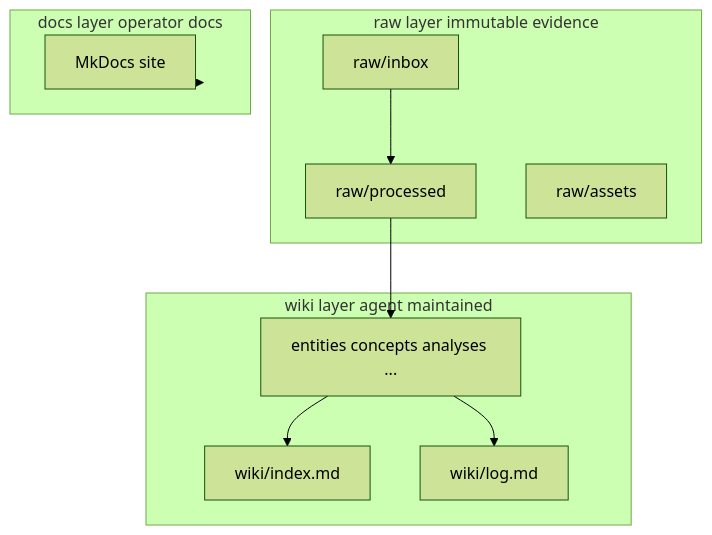
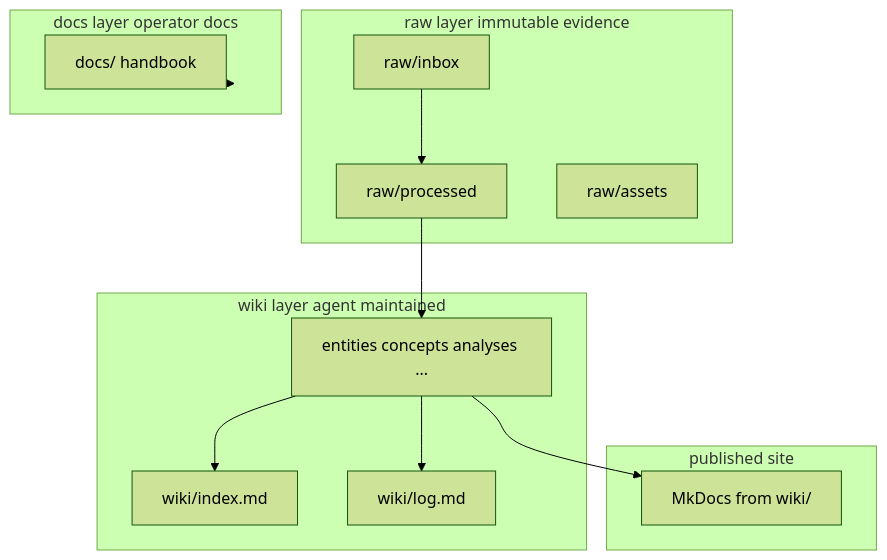
One commit to sempervent/smart-farm-wiki changed the diagram in docs/architecture.md. Above: the diagram before and after it, drawn with Mermaid (forest theme). The commit also changed other lines of this file, not shown here.

Commit message:
docs: align architecture diagram with wiki-only MkDocs site
Made-with: Cursor

````diff
--- a/docs/architecture.md
+++ b/docs/architecture.md
@@ -3,21 +3,25 @@
 ```mermaid
 flowchart TB
   subgraph raw [raw layer immutable evidence]
     inbox[raw/inbox]
     processed[raw/processed]
     assets[raw/assets]
   end
   subgraph wiki [wiki layer agent maintained]
     index[wiki/index.md]
     log[wiki/log.md]
     pages[entities concepts analyses ...]
   end
   subgraph handbook [docs layer operator docs]
-    mk[MkDocs site]
+    docsmd[docs/ handbook]
+  end
+  subgraph site [published site]
+    mk[MkDocs from wiki/]
   end
   inbox --> processed
   processed --> pages
   pages --> index
   pages --> log
-  handbook --> mk
+  pages --> mk
+  handbook --> docsmd
 ```
````
